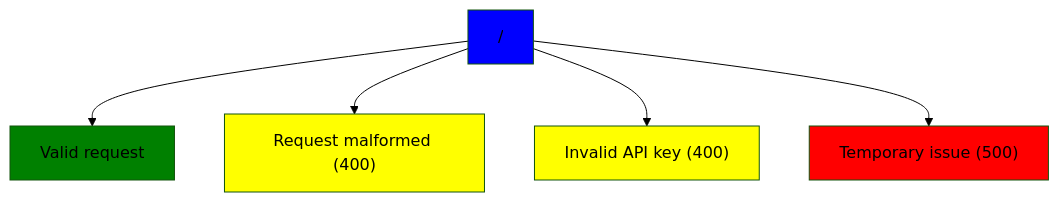
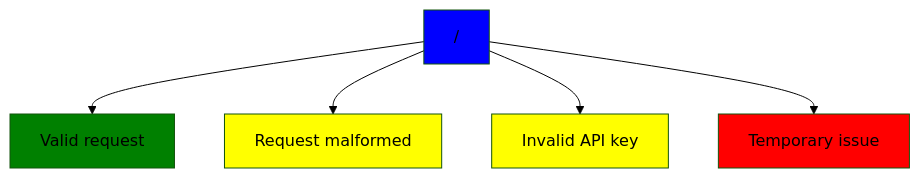
One commit to MorhafAlshibly/coanda changed the diagram in uml/general.md. Above: the diagram before and after it, drawn with Mermaid (forest theme). The commit also changed 12 other files, not shown here.

````diff
--- a/uml/general.md
+++ b/uml/general.md
@@ -1,16 +1,16 @@
 ```mermaid
 graph TD
     A["/"]
     A --> B[Valid request]
-    A --> C["Request malformed (400)"]
-    A --> D["Invalid API key (400)"]
-    A --> E["Temporary issue (500)"]
+    A --> C["Request malformed"]
+    A --> D["Invalid API key"]
+    A --> E["Temporary issue"]
 
     style A fill:blue
     style B fill:green
 
     classDef yellow fill:yellow,color:black
     class C,D yellow
 
     style E fill:red,color:black
 ```
````
